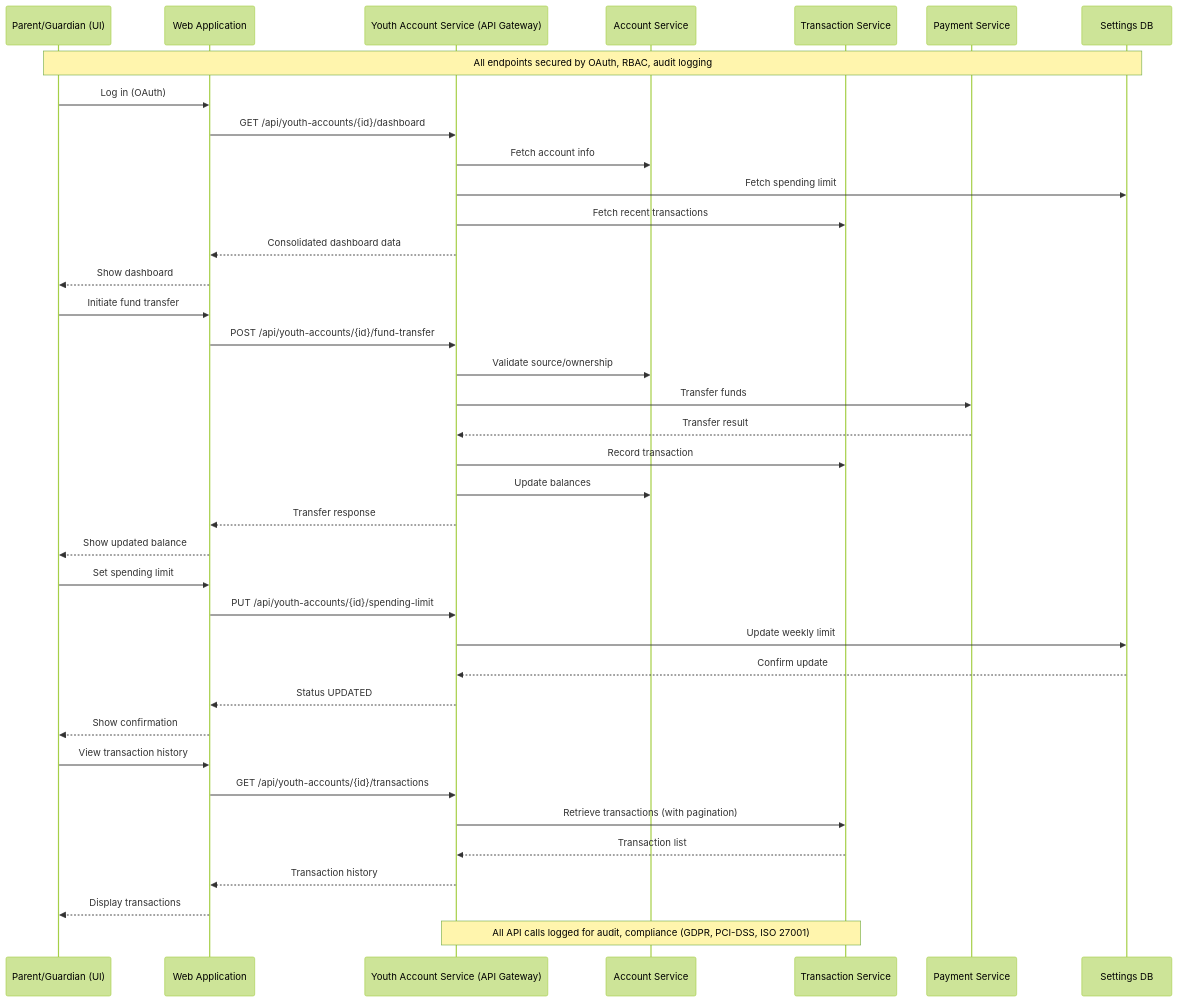
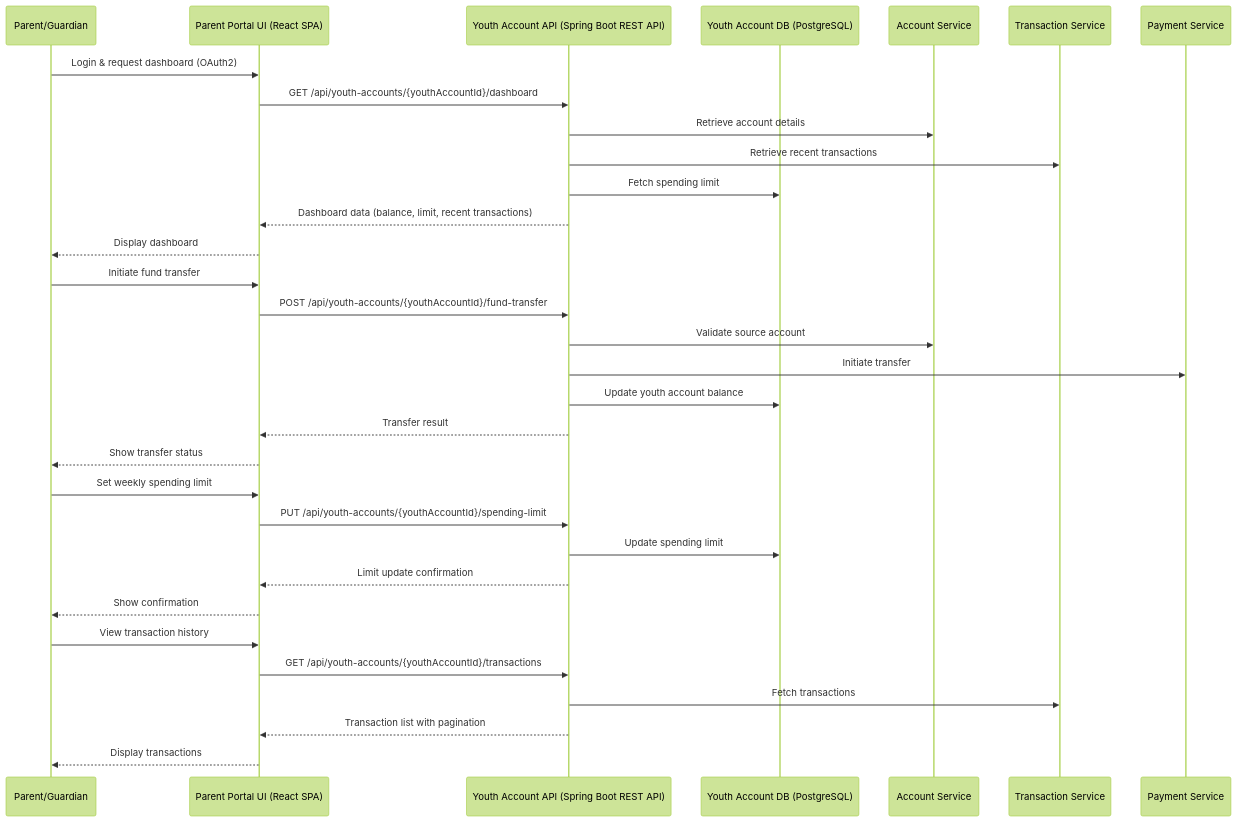
Before and after one commit to Ascend-Krithi/SCIB-Inception: the diagram in Components and Sequence Diagrams/sequence_diagram.mmd, drawn with Mermaid (forest theme). The commit also changed 1 other file, not shown here.

```diff
--- a/Components and Sequence Diagrams/sequence_diagram.mmd
+++ b/Components and Sequence Diagrams/sequence_diagram.mmd
@@ -1,40 +1,41 @@
-%% Sequence Diagram for 'Parent can allocate and manage funds for a youth account'
-%% Traceability: ADRs SCIB-25 to SCIB-30, OpenAPI endpoints
+%% Sequence Diagram for Youth Account Management APIs
 sequenceDiagram
-    participant Parent as Parent/Guardian (UI)
-    participant WebApp as Web Application
-    participant API as Youth Account Service (API Gateway)
-    participant Account as Account Service
-    participant Tx as Transaction Service
-    participant Payment as Payment Service
-    participant Settings as Settings DB
-    Note over Parent,Settings: All endpoints secured by OAuth, RBAC, audit logging
-    Parent->>WebApp: Log in (OAuth)
-    WebApp->>API: GET /api/youth-accounts/{id}/dashboard
-    API->>Account: Fetch account info
-    API->>Settings: Fetch spending limit
-    API->>Tx: Fetch recent transactions
-    API-->>WebApp: Consolidated dashboard data
-    WebApp-->>Parent: Show dashboard
-    Parent->>WebApp: Initiate fund transfer
-    WebApp->>API: POST /api/youth-accounts/{id}/fund-transfer
-    API->>Account: Validate source/ownership
-    API->>Payment: Transfer funds
-    Payment-->>API: Transfer result
-    API->>Tx: Record transaction
-    API->>Account: Update balances
-    API-->>WebApp: Transfer response
-    WebApp-->>Parent: Show updated balance
-    Parent->>WebApp: Set spending limit
-    WebApp->>API: PUT /api/youth-accounts/{id}/spending-limit
-    API->>Settings: Update weekly limit
-    Settings-->>API: Confirm update
-    API-->>WebApp: Status UPDATED
-    WebApp-->>Parent: Show confirmation
-    Parent->>WebApp: View transaction history
-    WebApp->>API: GET /api/youth-accounts/{id}/transactions
-    API->>Tx: Retrieve transactions (with pagination)
-    Tx-->>API: Transaction list
-    API-->>WebApp: Transaction history
-    WebApp-->>Parent: Display transactions
-    Note over API,Tx: All API calls logged for audit, compliance (GDPR, PCI-DSS, ISO 27001)
+    participant Parent as Parent/Guardian
+    participant UI as Parent Portal UI (React SPA)
+    participant API as Youth Account API (Spring Boot REST API)
+    participant DB as Youth Account DB (PostgreSQL)
+    participant AccountService as Account Service
+    participant TransactionService as Transaction Service
+    participant PaymentService as Payment Service
+
+    %% Dashboard API
+    Parent->>UI: Login & request dashboard (OAuth2)
+    UI->>API: GET /api/youth-accounts/{youthAccountId}/dashboard
+    API->>AccountService: Retrieve account details
+    API->>TransactionService: Retrieve recent transactions
+    API->>DB: Fetch spending limit
+    API-->>UI: Dashboard data (balance, limit, recent transactions)
+    UI-->>Parent: Display dashboard
+
+    %% Fund Transfer API
+    Parent->>UI: Initiate fund transfer
+    UI->>API: POST /api/youth-accounts/{youthAccountId}/fund-transfer
+    API->>AccountService: Validate source account
+    API->>PaymentService: Initiate transfer
+    API->>DB: Update youth account balance
+    API-->>UI: Transfer result
+    UI-->>Parent: Show transfer status
+
+    %% Spending Limit Configuration API
+    Parent->>UI: Set weekly spending limit
+    UI->>API: PUT /api/youth-accounts/{youthAccountId}/spending-limit
+    API->>DB: Update spending limit
+    API-->>UI: Limit update confirmation
+    UI-->>Parent: Show confirmation
+
+    %% Transaction History API
+    Parent->>UI: View transaction history
+    UI->>API: GET /api/youth-accounts/{youthAccountId}/transactions
+    API->>TransactionService: Fetch transactions
+    API-->>UI: Transaction list with pagination
+    UI-->>Parent: Display transactions
```
